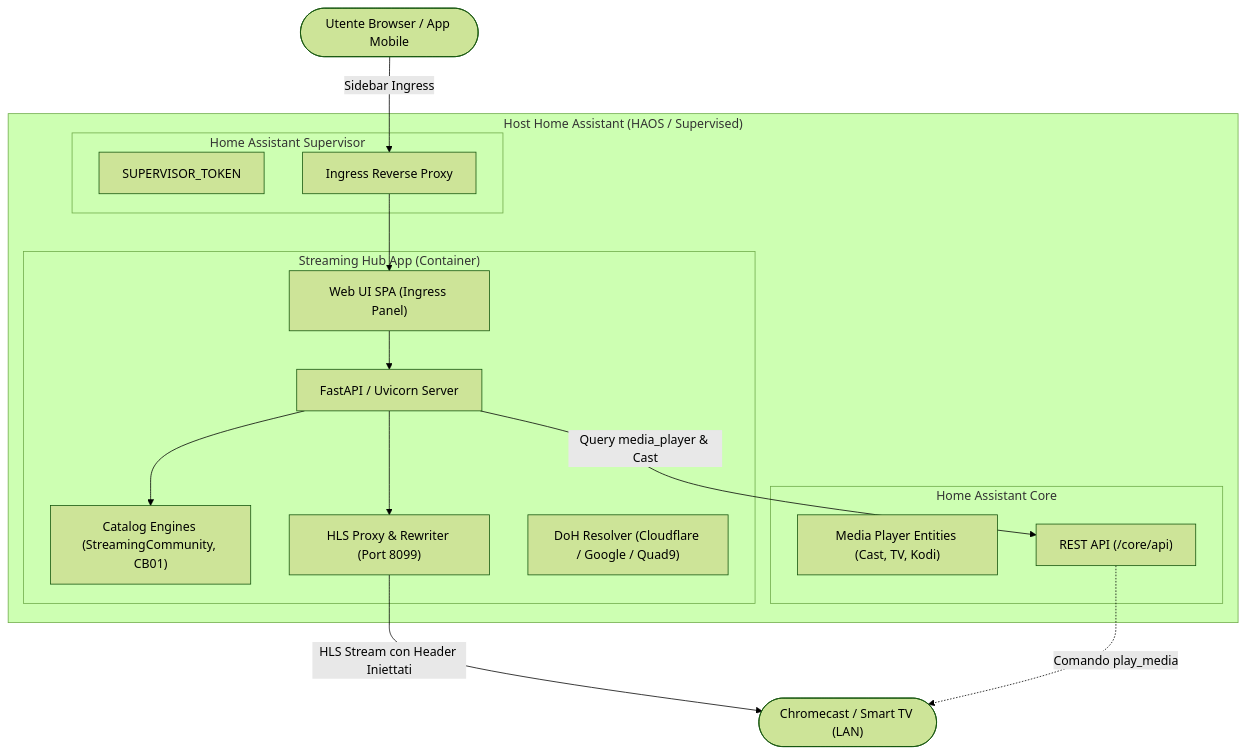
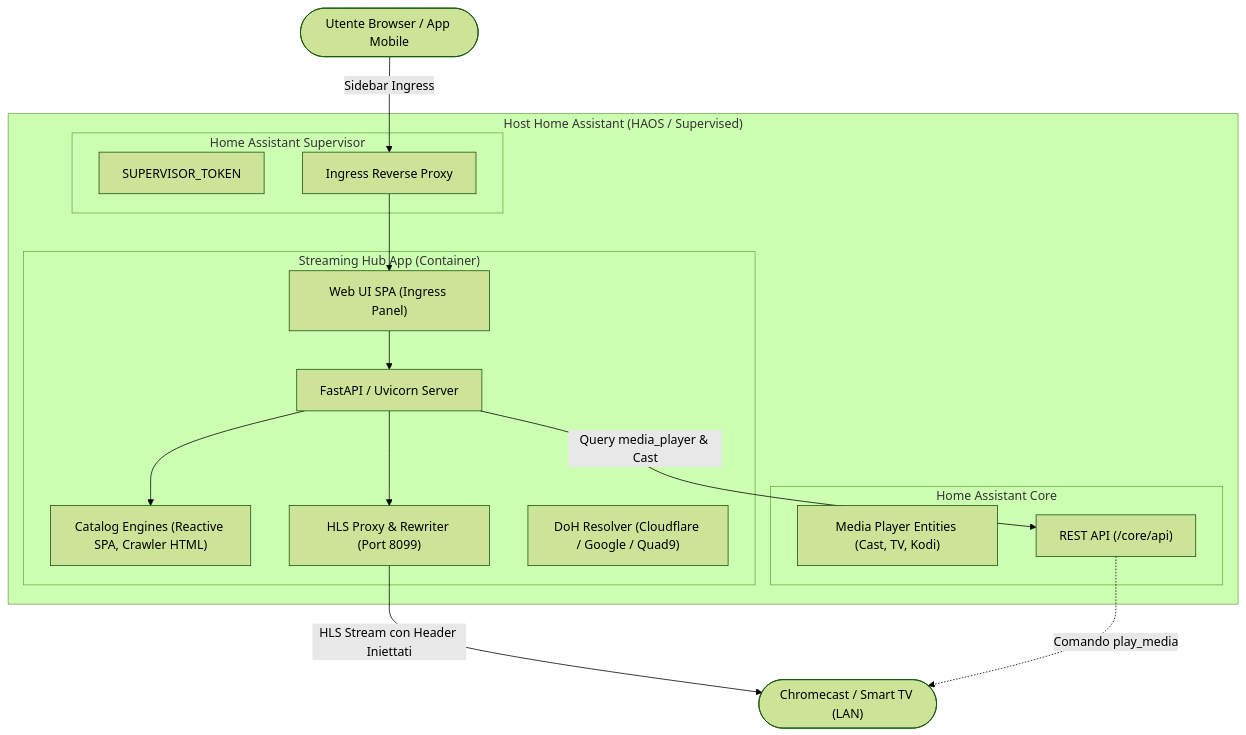
Before and after one commit to JMaroz/ha-streaming-hub: the diagram in README.md, drawn with Mermaid (forest theme). The commit also changed other lines of this file and 28 other files, not shown here.

First line of the commit message:
refactor(core): decouple site branding into generic reactive and crawler engines

````diff
--- a/README.md
+++ b/README.md
@@ -94,30 +94,30 @@
 ```mermaid
 flowchart TD
     subgraph Host["Host Home Assistant (HAOS / Supervised)"]
         subgraph Supervisor["Home Assistant Supervisor"]
             ST["SUPERVISOR_TOKEN"]
             ING["Ingress Reverse Proxy"]
         end
 
         subgraph Core["Home Assistant Core"]
             MP["Media Player Entities (Cast, TV, Kodi)"]
             API["REST API (/core/api)"]
         end
 
         subgraph App["Streaming Hub App (Container)"]
             UI["Web UI SPA (Ingress Panel)"]
             BE["FastAPI / Uvicorn Server"]
-            Scraper["Catalog Engines (StreamingCommunity, CB01)"]
+            Scraper["Catalog Engines (Reactive SPA, Crawler HTML)"]
             Proxy["HLS Proxy & Rewriter (Port 8099)"]
             DoH["DoH Resolver (Cloudflare / Google / Quad9)"]
         end
     end
 
     User(["Utente Browser / App Mobile"]) -->|Sidebar Ingress| ING --> UI
     UI --> BE
     BE --> Scraper
     BE --> Proxy
     BE -->|Query media_player & Cast| API
     Proxy -->|HLS Stream con Header Iniettati| CastDevice(["Chromecast / Smart TV (LAN)"])
     API -.->|Comando play_media| CastDevice
 ```
````
